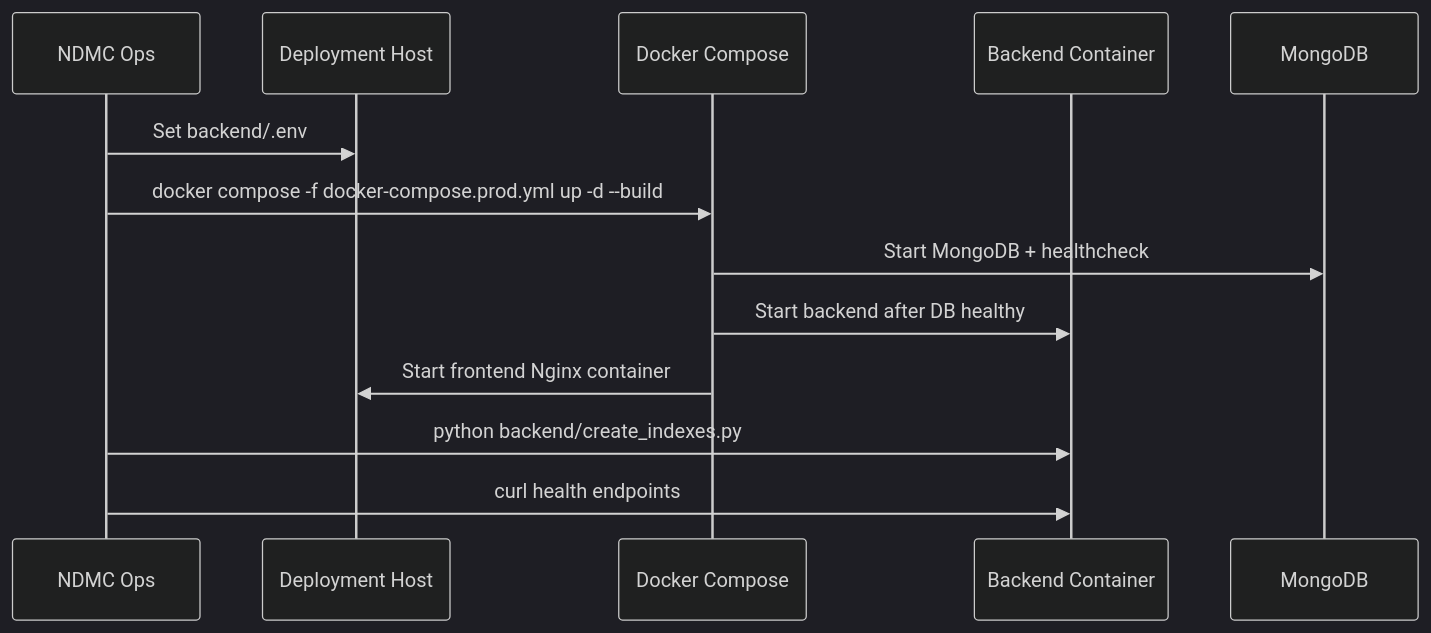
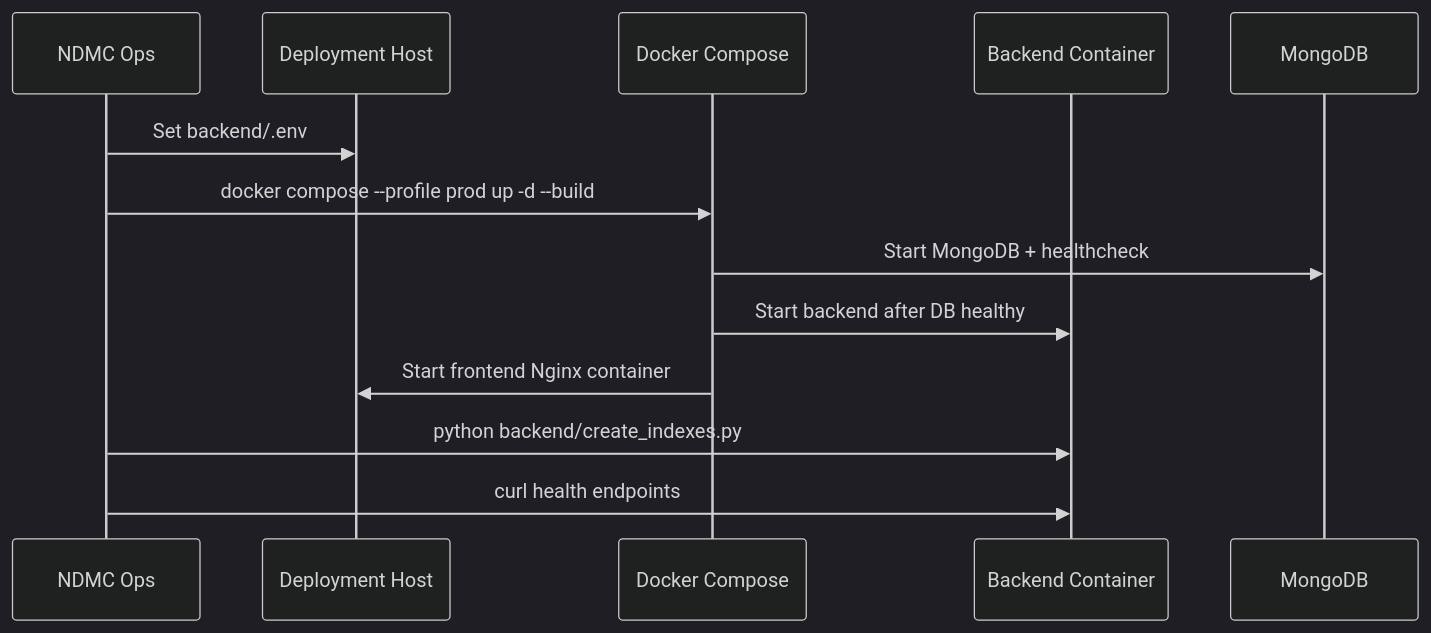
The second of 2 diagrams in docs/NDMC_DEPLOYMENT.md (ark5234/Jan-Sunwai-AI), drawn with Mermaid (dark theme) before and after one commit. The commit also changed other lines of this file and 30 other files, not shown here.

````diff
--- a/docs/NDMC_DEPLOYMENT.md
+++ b/docs/NDMC_DEPLOYMENT.md
@@ -102,16 +98,16 @@
 ```mermaid
 sequenceDiagram
     participant Ops as NDMC Ops
     participant Host as Deployment Host
     participant Compose as Docker Compose
     participant API as Backend Container
     participant DB as MongoDB
 
     Ops->>Host: Set backend/.env
-    Ops->>Compose: docker compose -f docker-compose.prod.yml up -d --build
+    Ops->>Compose: docker compose --profile prod up -d --build
     Compose->>DB: Start MongoDB + healthcheck
     Compose->>API: Start backend after DB healthy
     Compose->>Host: Start frontend Nginx container
     Ops->>API: python backend/create_indexes.py
     Ops->>API: curl health endpoints
 ```
````
